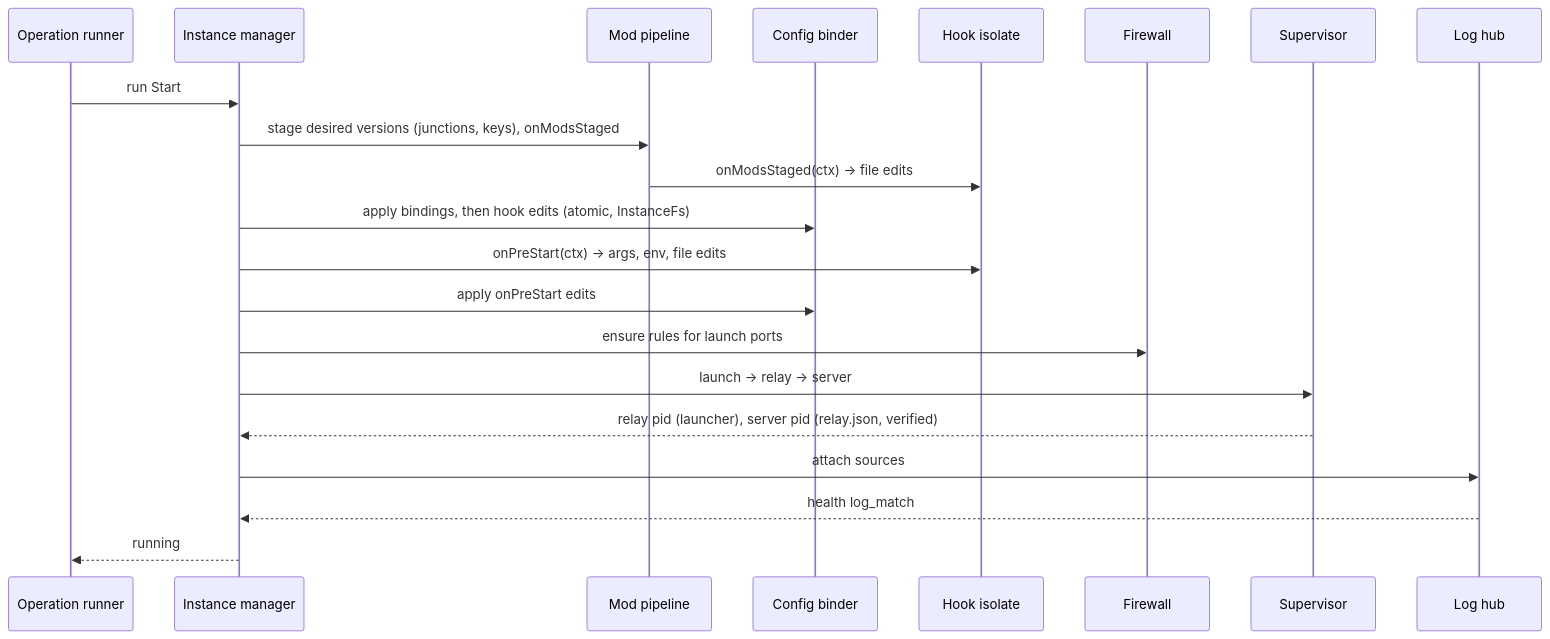
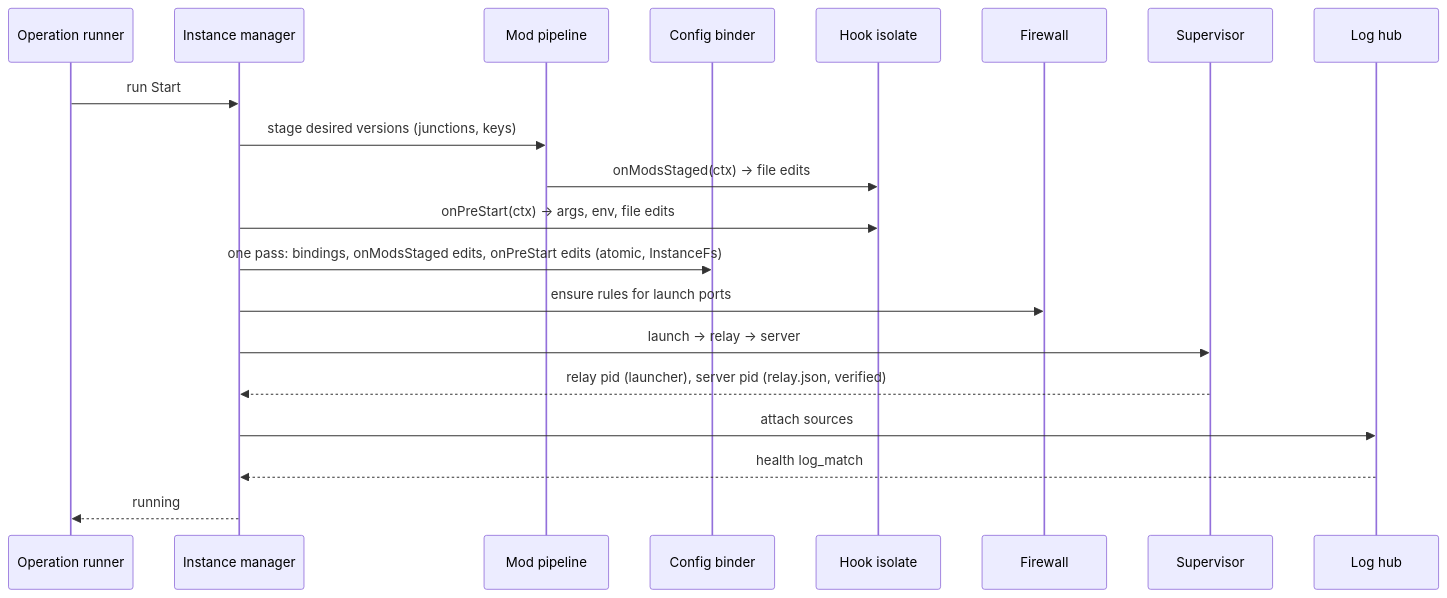
One commit to sh1ny/yagura changed the first of 2 diagrams in openspec/changes/platform-backlog/design.md. Above: the diagram before and after it, drawn with Mermaid. The commit also changed other lines of this file and 12 other files, not shown here.

````diff
--- a/openspec/changes/platform-backlog/design.md
+++ b/openspec/changes/platform-backlog/design.md
@@ -75,23 +49,22 @@
 ```mermaid
 sequenceDiagram
   participant R as Operation runner
   participant I as Instance manager
   participant M as Mod pipeline
   participant B as Config binder
   participant H as Hook isolate
   participant F as Firewall
   participant P as Supervisor
   participant L as Log hub
   R->>I: run Start
-  I->>M: stage desired versions (junctions, keys), onModsStaged
+  I->>M: stage desired versions (junctions, keys)
   M->>H: onModsStaged(ctx) -> file edits
-  I->>B: apply bindings, then hook edits (atomic, InstanceFs)
   I->>H: onPreStart(ctx) -> args, env, file edits
-  I->>B: apply onPreStart edits
+  I->>B: one pass: bindings, onModsStaged edits, onPreStart edits (atomic, InstanceFs)
   I->>F: ensure rules for launch ports
   I->>P: launch -> relay -> server
   P-->>I: relay pid (launcher), server pid (relay.json, verified)
   I->>L: attach sources
   L-->>I: health log_match
   I-->>R: running
 ```
````
